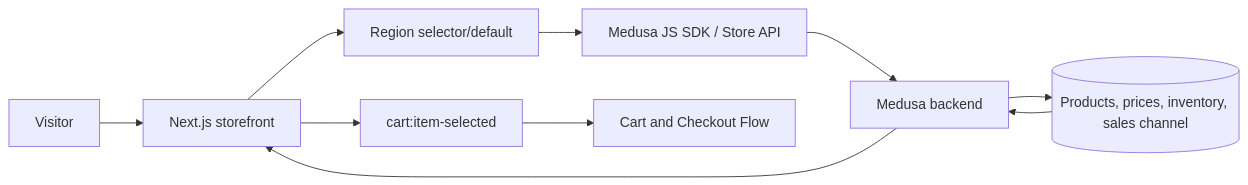
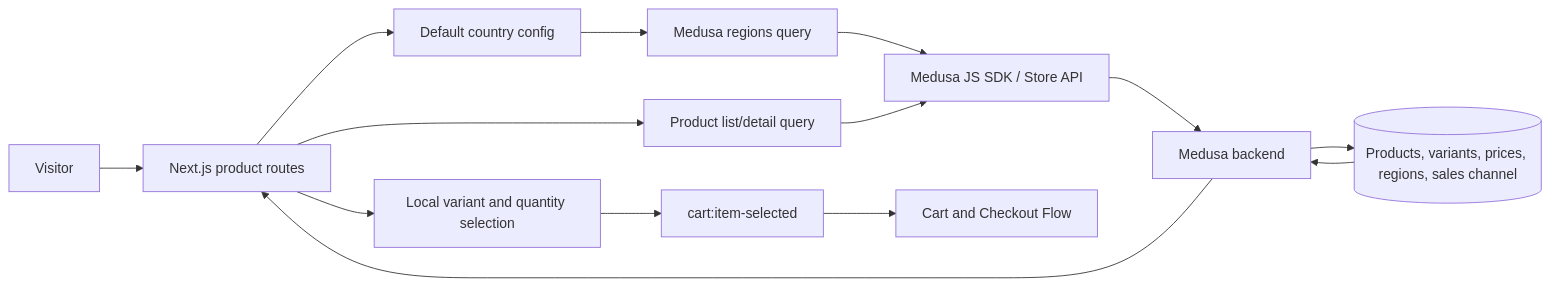
Before and after one commit to AtoshaKartosha/sunluk: the second of 2 diagrams in flows/features/catalog-browsing.md, drawn with Mermaid. The commit also changed other lines of this file and 19 other files, not shown here.

Commit message:
feat(catalog): add product list and detail screens

````diff
--- a/flows/features/catalog-browsing.md
+++ b/flows/features/catalog-browsing.md
@@ -83,12 +91,16 @@
 ```mermaid
 flowchart LR
-  Visitor[Visitor] --> UI[Next.js storefront]
-  UI --> Region[Region selector/default]
-  Region --> SDK[Medusa JS SDK / Store API]
+  Visitor[Visitor] --> UI[Next.js product routes]
+  UI --> Config[Default country config]
+  Config --> RegionQuery[Medusa regions query]
+  RegionQuery --> SDK[Medusa JS SDK / Store API]
+  UI --> ProductQuery[Product list/detail query]
+  ProductQuery --> SDK
   SDK --> Backend[Medusa backend]
-  Backend --> Catalog[(Products, prices, inventory, sales channel)]
+  Backend --> Catalog[(Products, variants, prices, regions, sales channel)]
   Catalog --> Backend
   Backend --> UI
-  UI --> Event[cart:item-selected]
+  UI --> Selection[Local variant and quantity selection]
+  Selection --> Event[cart:item-selected]
   Event --> Cart[Cart and Checkout Flow]
 ```
````
